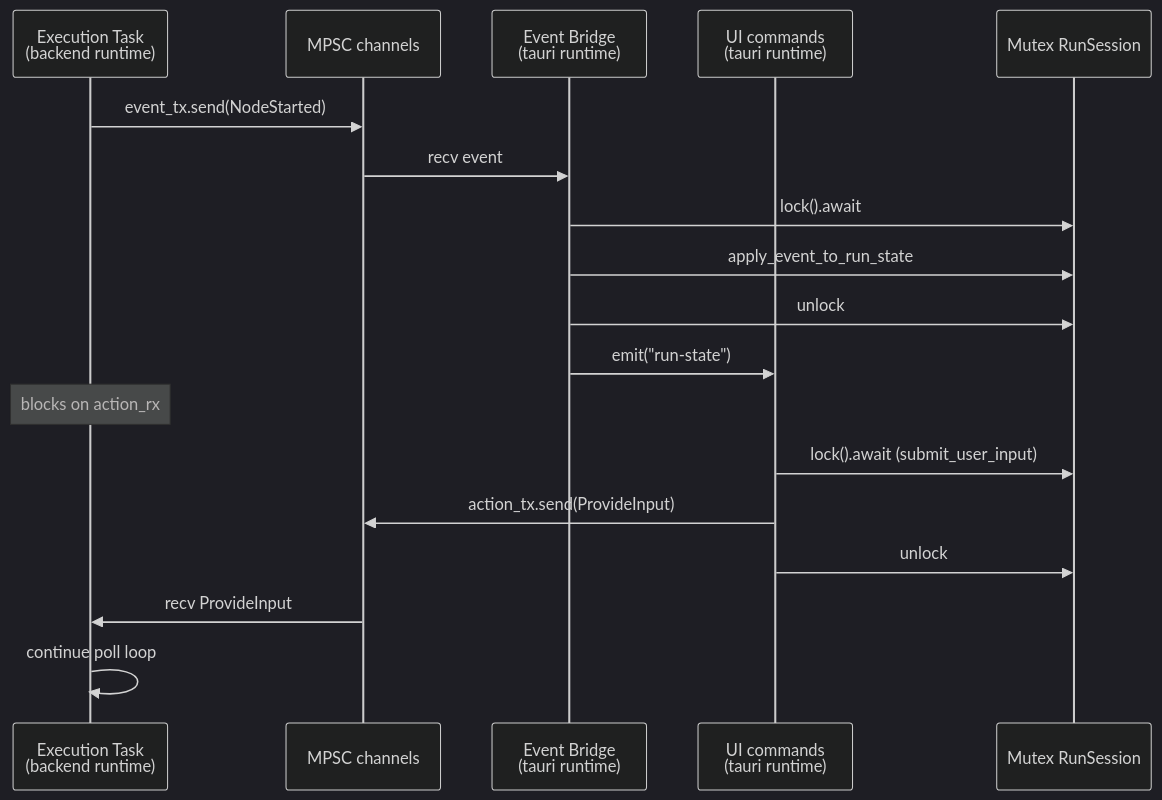
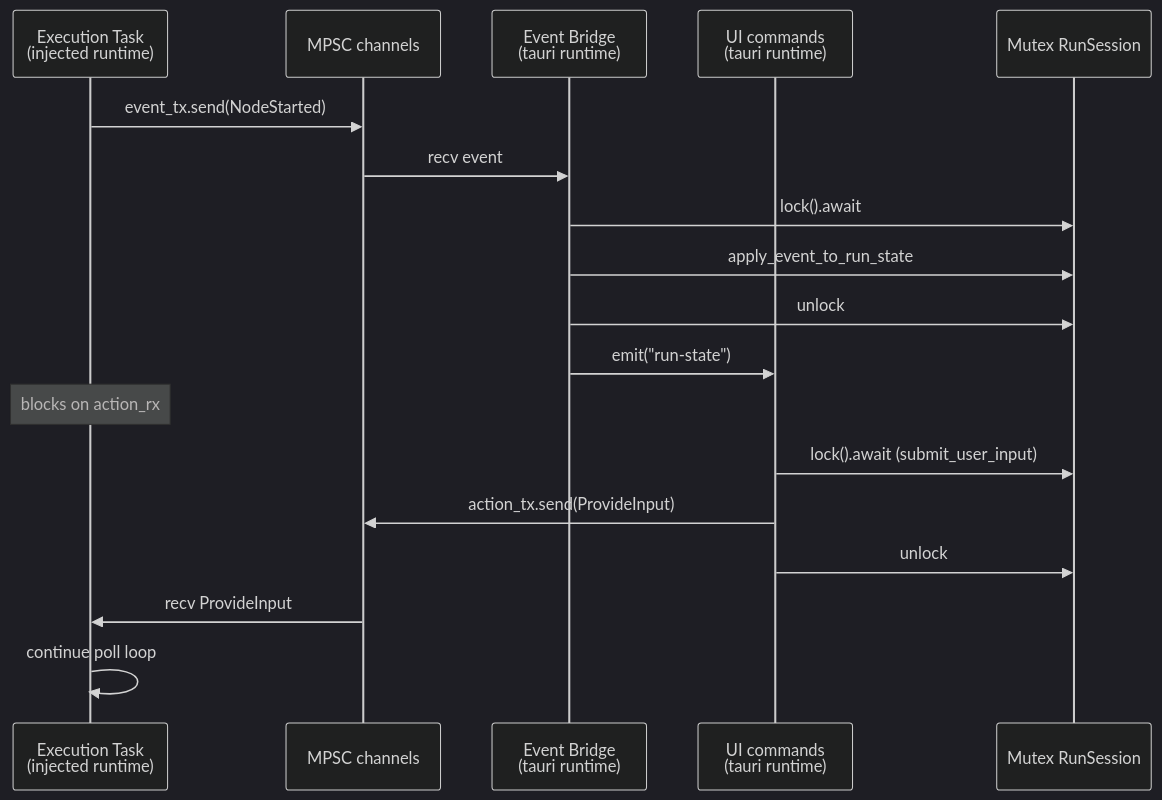
The fifth of 7 diagrams in docs/architecture/threading-concurrency.md (philbotar/OpenFlow), drawn with Mermaid (dark theme) before and after one commit. The commit also changed other lines of this file and 63 other files, not shown here.

````diff
--- a/docs/architecture/threading-concurrency.md
+++ b/docs/architecture/threading-concurrency.md
@@ -215,23 +209,23 @@
 ```mermaid
 sequenceDiagram
-    participant EX as Execution Task<br/>(backend runtime)
+    participant EX as Execution Task<br/>(injected runtime)
     participant CH as MPSC channels
     participant EB as Event Bridge<br/>(tauri runtime)
     participant UI as UI commands<br/>(tauri runtime)
     participant RS as Mutex RunSession
 
     EX->>CH: event_tx.send(NodeStarted)
     CH->>EB: recv event
     EB->>RS: lock().await
     EB->>RS: apply_event_to_run_state
     EB->>RS: unlock
     EB->>UI: emit("run-state")
 
     Note over EX: blocks on action_rx
 
     UI->>RS: lock().await (submit_user_input)
     UI->>CH: action_tx.send(ProvideInput)
     UI->>RS: unlock
     CH->>EX: recv ProvideInput
     EX->>EX: continue poll loop
 ```
````
